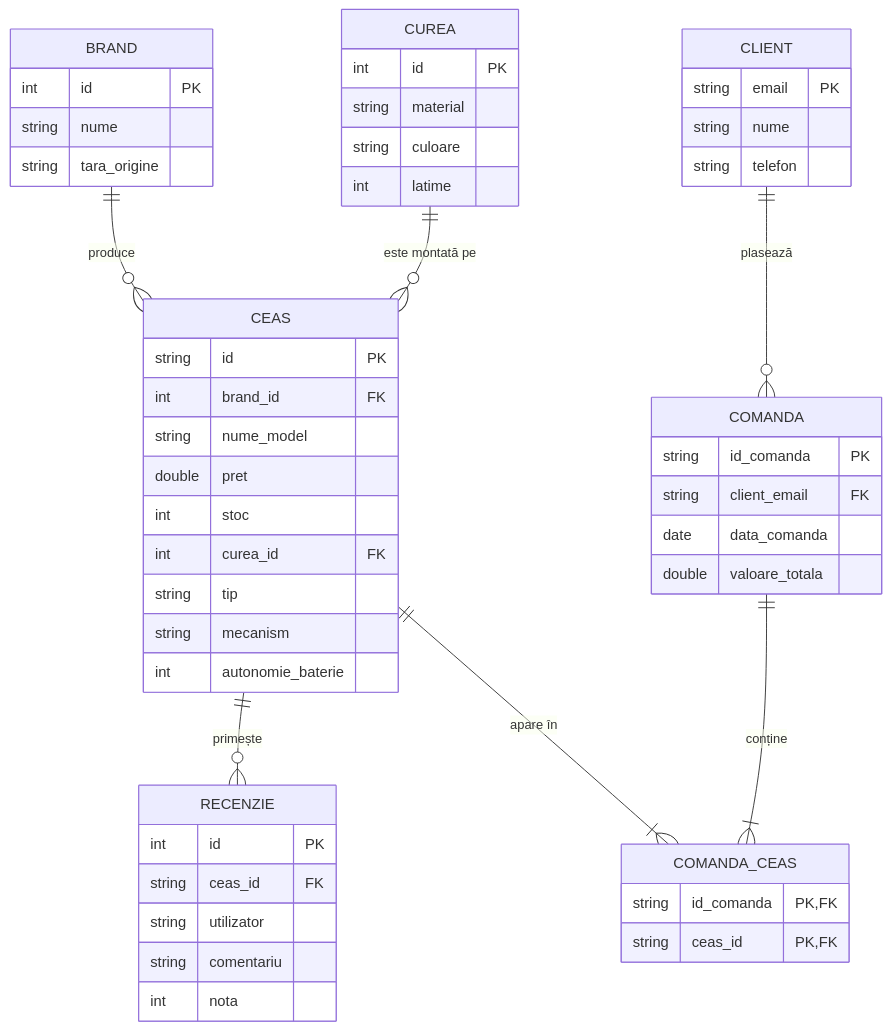
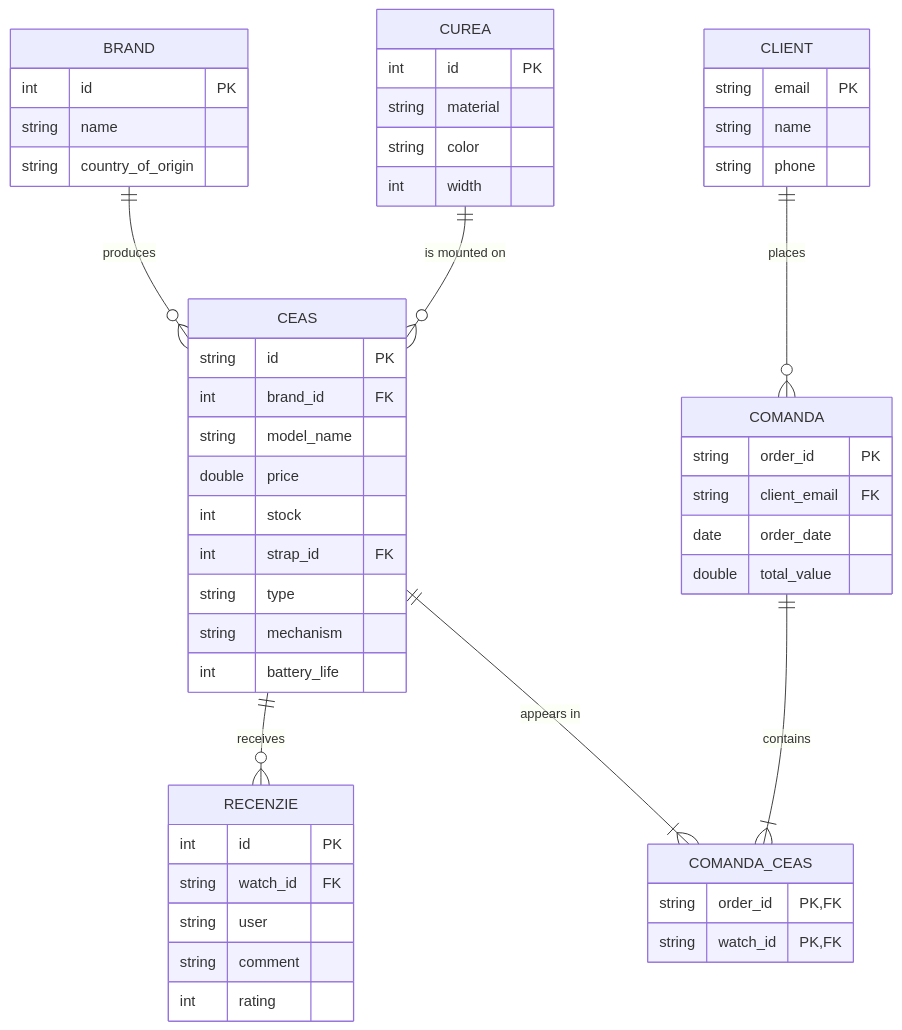
Before and after one commit to rthh21/CoffeeWatch: the diagram in ERD.md, drawn with Mermaid. The commit also changed other lines of this file and 101 other files, not shown here.

````diff
--- a/ERD.md
+++ b/ERD.md
@@ -5,60 +5,60 @@
 ```mermaid
 erDiagram
-    BRAND ||--o{ CEAS : "produce"
-    CUREA ||--o{ CEAS : "este montată pe"
-    CEAS ||--o{ RECENZIE : "primește"
-    CLIENT ||--o{ COMANDA : "plasează"
-    COMANDA ||--|{ COMANDA_CEAS : "conține"
-    CEAS ||--|{ COMANDA_CEAS : "apare în"
+    BRAND ||--o{ CEAS : "produces"
+    CUREA ||--o{ CEAS : "is mounted on"
+    CEAS ||--o{ RECENZIE : "receives"
+    CLIENT ||--o{ COMANDA : "places"
+    COMANDA ||--|{ COMANDA_CEAS : "contains"
+    CEAS ||--|{ COMANDA_CEAS : "appears in"
 
     BRAND {
         int id PK
-        string nume
-        string tara_origine
+        string name
+        string country_of_origin
     }
 
     CUREA {
         int id PK
         string material
-        string culoare
-        int latime
+        string color
+        int width
     }
 
     CEAS {
         string id PK
         int brand_id FK
-        string nume_model
-        double pret
-        int stoc
-        int curea_id FK
-        string tip
-        string mecanism
-        int autonomie_baterie
+        string model_name
+        double price
+        int stock
+        int strap_id FK
+        string type
+        string mechanism
+        int battery_life
     }
 
     CLIENT {
         string email PK
-        string nume
-        string telefon
+        string name
+        string phone
     }
 
     RECENZIE {
         int id PK
-        string ceas_id FK
-        string utilizator
-        string comentariu
-        int nota
+        string watch_id FK
+        string user
+        string comment
+        int rating
     }
 
     COMANDA {
-        string id_comanda PK
+        string order_id PK
         string client_email FK
-        date data_comanda
-        double valoare_totala
+        date order_date
+        double total_value
     }
 
     COMANDA_CEAS {
-        string id_comanda PK, FK
-        string ceas_id PK, FK
+        string order_id PK, FK
+        string watch_id PK, FK
     }
 ```
````
